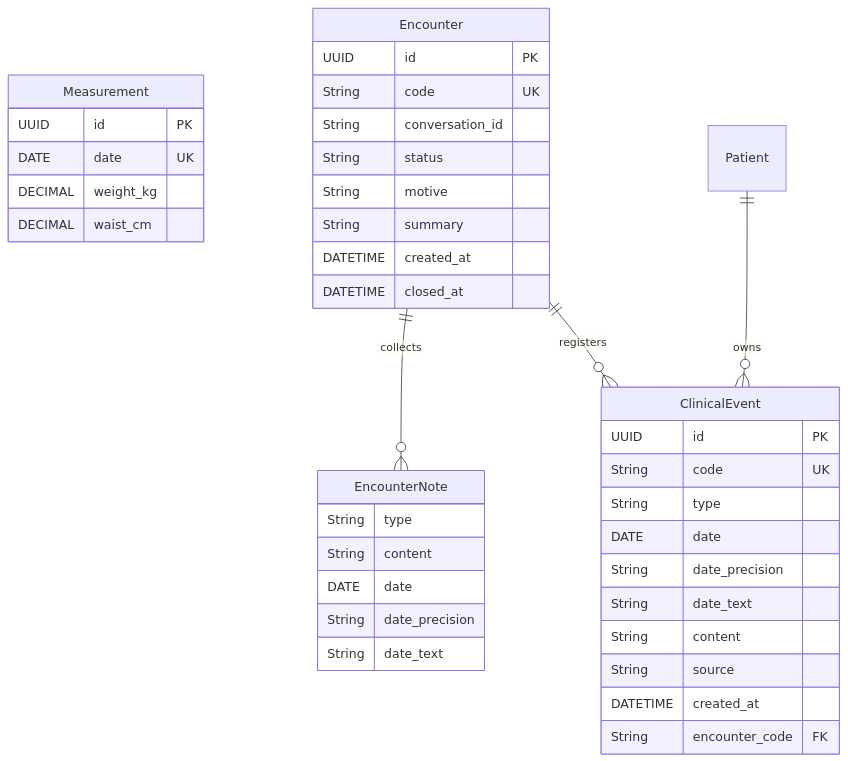
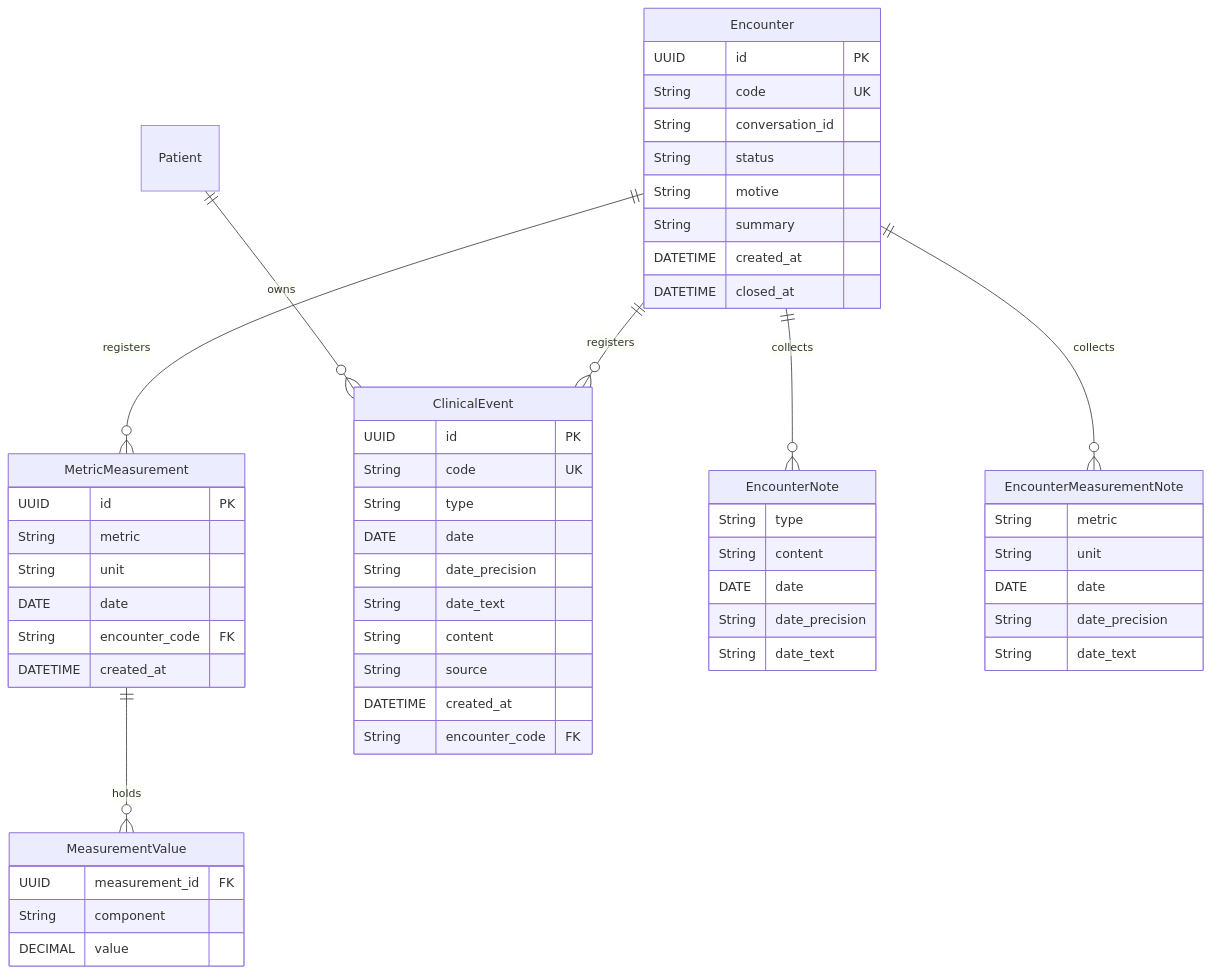
The diagram in docs/data-model.md (devmauriciopineda/careme), drawn with Mermaid before and after one commit. The commit also changed other lines of this file and 117 other files, not shown here.

````diff
--- a/docs/data-model.md
+++ b/docs/data-model.md
@@ -275,45 +309,64 @@
 ```mermaid
 erDiagram
-    Measurement {
+    MetricMeasurement {
         UUID id PK
-        DATE date UK
-        DECIMAL weight_kg
-        DECIMAL waist_cm
+        String metric
+        String unit
+        DATE date
+        String encounter_code FK
+        DATETIME created_at
+    }
+
+    MeasurementValue {
+        UUID measurement_id FK
+        String component
+        DECIMAL value
     }
 
     ClinicalEvent {
         UUID id PK
         String code UK
         String type
         DATE date
         String date_precision
         String date_text
         String content
         String source
         DATETIME created_at
         String encounter_code FK
     }
 
     Encounter {
         UUID id PK
         String code UK
         String conversation_id
         String status
         String motive
         String summary
         DATETIME created_at
         DATETIME closed_at
     }
 
     EncounterNote {
         String type
         String content
         DATE date
         String date_precision
         String date_text
     }
 
+    EncounterMeasurementNote {
+        String metric
+        String unit
+        DATE date
+        String date_precision
+        String date_text
+    }
+
     Patient ||--o{ ClinicalEvent : "owns"
     Encounter ||--o{ EncounterNote : "collects"
+    Encounter ||--o{ EncounterMeasurementNote : "collects"
     Encounter ||--o{ ClinicalEvent : "registers"
+    Encounter ||--o{ MetricMeasurement : "registers"
+    MetricMeasurement ||--o{ MeasurementValue : "holds"
 ```
````
